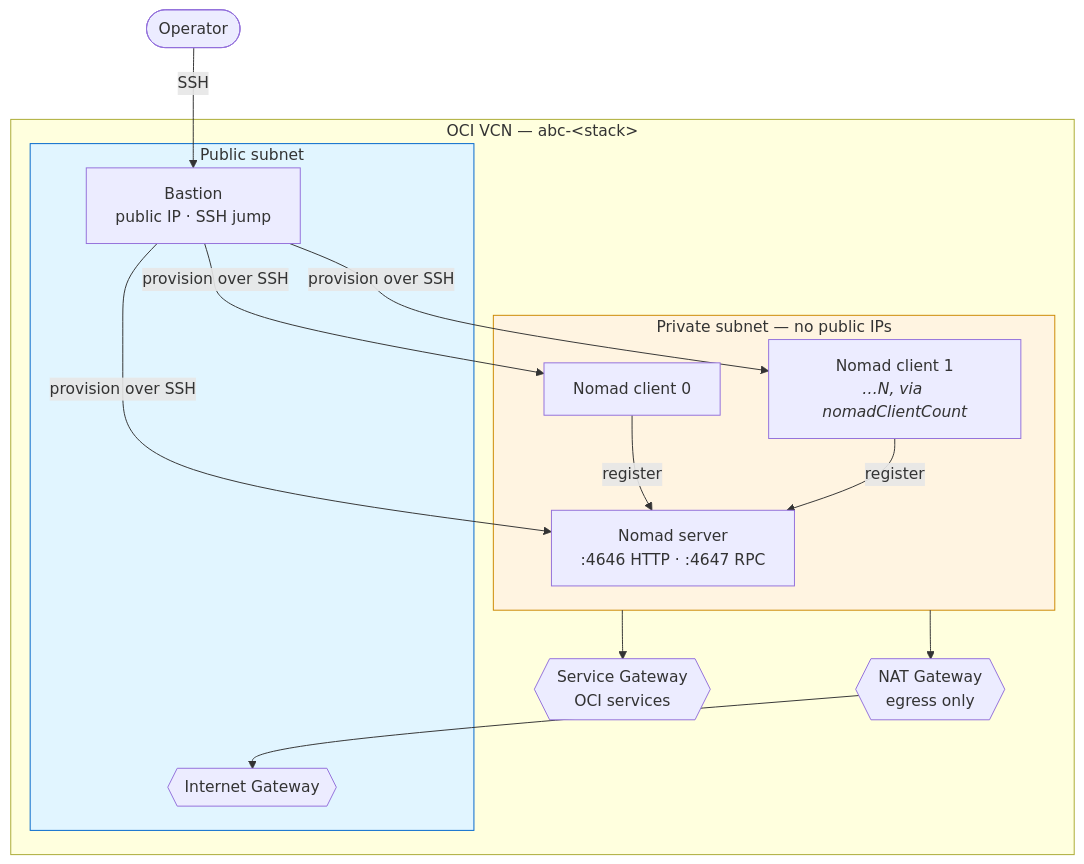
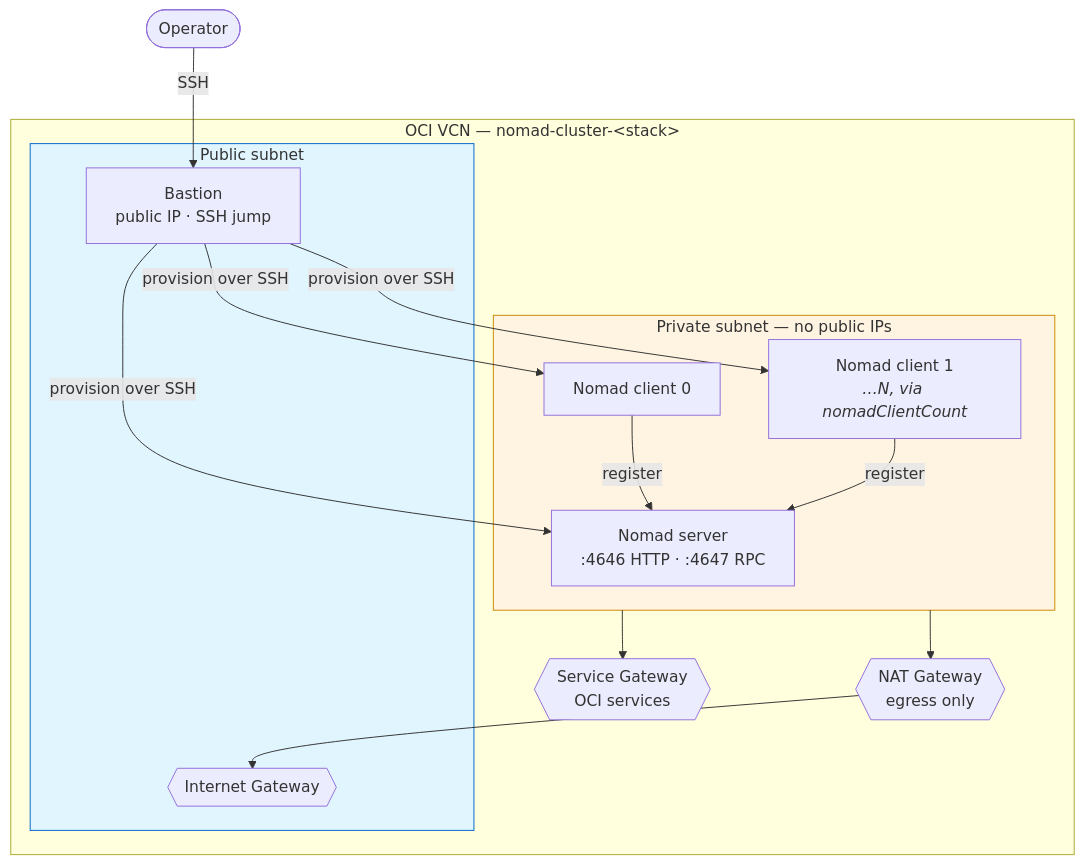
The second of 4 diagrams in templates/ARCHITECTURE.md (abhi18av-phd-projects/nf-nomad-manuscript-assets), drawn with Mermaid before and after one commit. The commit also changed other lines of this file and 21 other files, not shown here.

First line of the commit message:
naming: replace project-specific names with nomad-cluster throughout

````diff
--- a/templates/ARCHITECTURE.md
+++ b/templates/ARCHITECTURE.md
@@ -64,26 +64,26 @@
 ```mermaid
 graph TB
-    subgraph VCN["OCI VCN — abc-&lt;stack&gt;"]
+    subgraph VCN["OCI VCN — nomad-cluster-&lt;stack&gt;"]
         subgraph Pub["Public subnet"]
             B["Bastion<br/>public IP · SSH jump"]
             IGW{{"Internet Gateway"}}
         end
         subgraph Priv["Private subnet — no public IPs"]
             NS["Nomad server<br/>:4646 HTTP · :4647 RPC"]
             NC1["Nomad client 0"]
             NC2["Nomad client 1<br/><i>…N, via nomadClientCount</i>"]
         end
         NAT{{"NAT Gateway<br/>egress only"}}
         SGW{{"Service Gateway<br/>OCI services"}}
     end
     Op(["Operator"]) -->|SSH| B
     B -->|provision over SSH| NS
     B -->|provision over SSH| NC1
     B -->|provision over SSH| NC2
     NC1 -->|register| NS
     NC2 -->|register| NS
     Priv --> NAT --> IGW
     Priv --> SGW
     style Pub fill:#e1f5ff,stroke:#0066cc
     style Priv fill:#fff4e1,stroke:#cc8800
 ```
````
